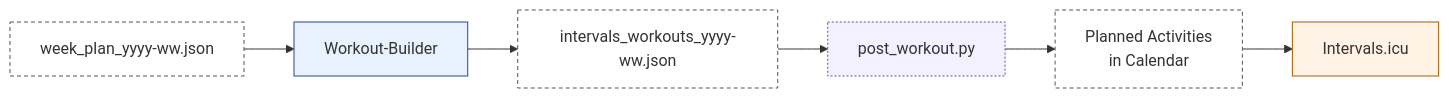
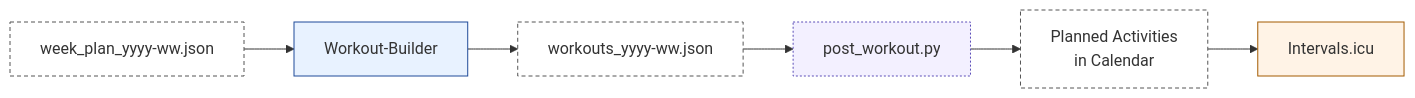
One commit to albauer-priv/RPS changed the sixth of 8 diagrams in doc/artefact_flow_overview_and_detail.md. Above: the diagram before and after it, drawn with Mermaid. The commit also changed other lines of this file and 14 other files, not shown here.

````diff
--- a/doc/artefact_flow_overview_and_detail.md
+++ b/doc/artefact_flow_overview_and_detail.md
@@ -290,11 +290,11 @@
 ```mermaid
 flowchart LR
   WP[week_plan_yyyy-ww.json]:::artefact --> WB[Workout-Builder]:::agent
-  WB --> WJ[intervals_workouts_yyyy-ww.json]:::artefact --> POST[post_workout.py]:::script
+  WB --> WJ[workouts_yyyy-ww.json]:::artefact --> POST[post_workout.py]:::script
   POST --> CAL[Planned Activities<br/>in Calendar]:::artefact --> I[Intervals.icu]:::external
 
   classDef agent fill:#e8f2ff,stroke:#1f4b99,stroke-width:1px;
   classDef external fill:#fff3e6,stroke:#a35b00,stroke-width:1px;
   classDef artefact fill:#ffffff,stroke:#555,stroke-dasharray: 4 3,stroke-width:1px;
   classDef script fill:#f3f0ff,stroke:#5b4db8,stroke-width:1px,stroke-dasharray: 2 2;
 ```
````
